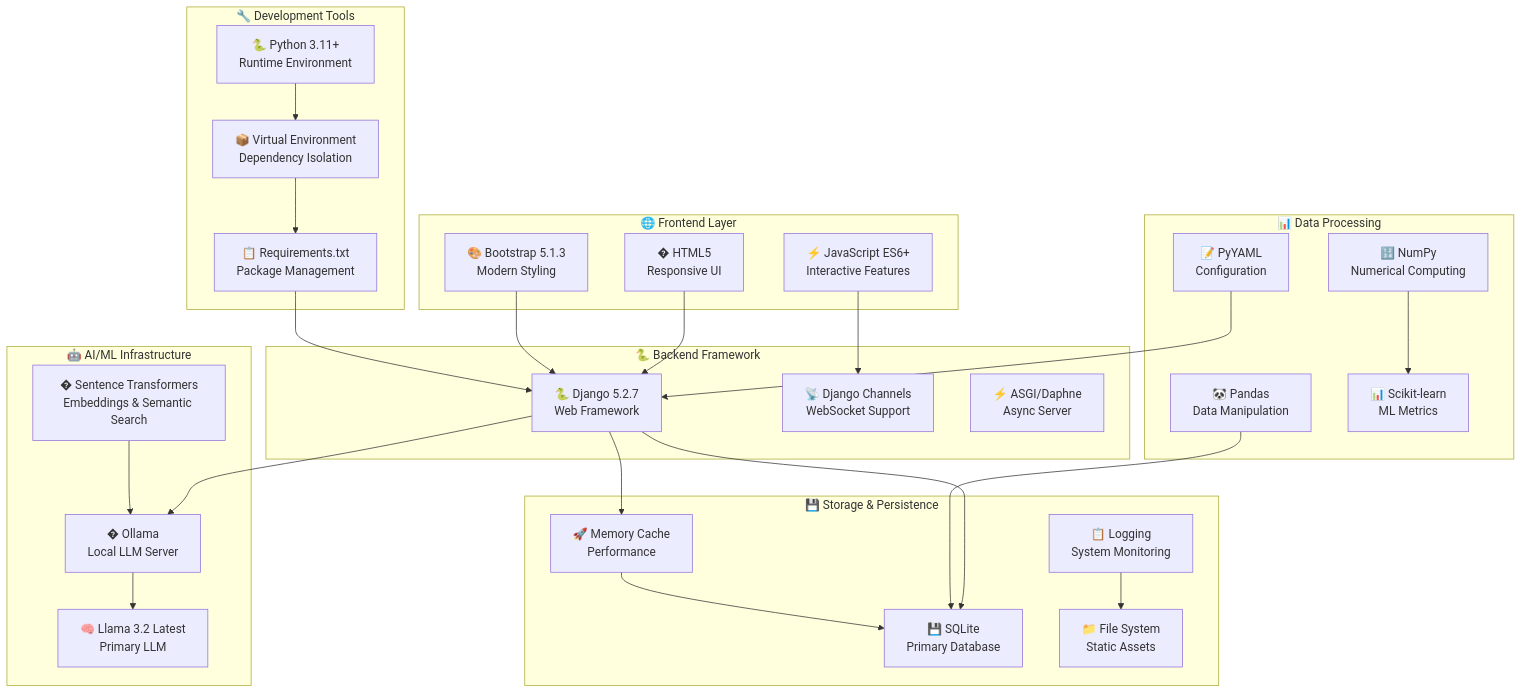
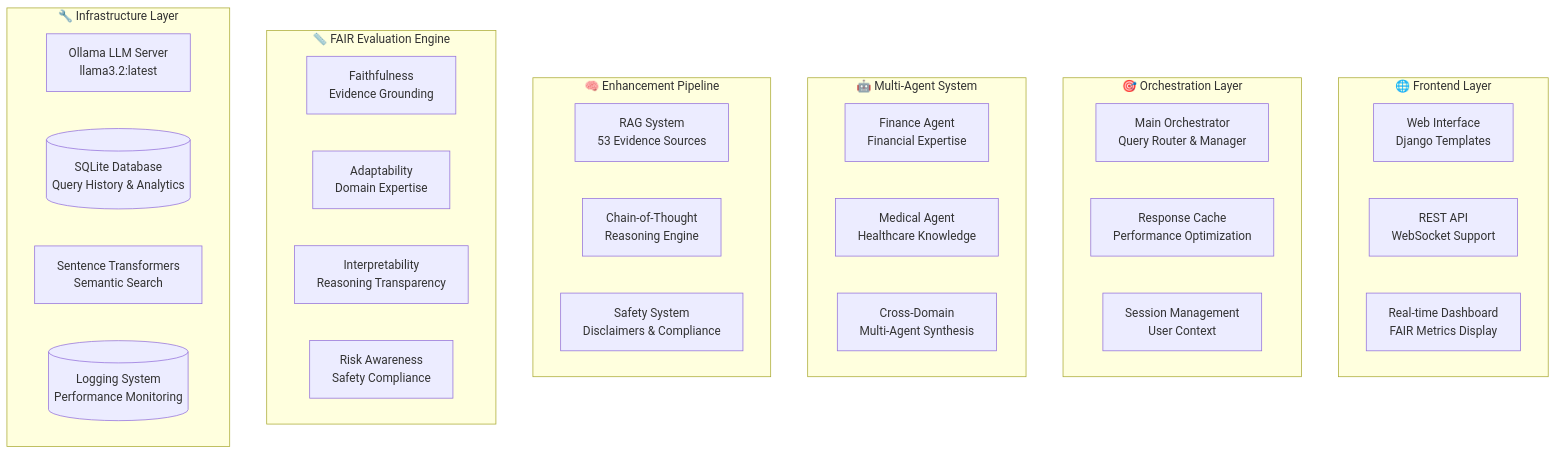
The tenth of 10 diagrams in README.md (somesh-ghaturle/Fair-Agent), drawn with Mermaid before and after one commit. The commit also changed other lines of this file and 11 other files, not shown here.

````diff
--- a/README.md
+++ b/README.md
@@ -475,62 +306,40 @@
 ```mermaid
 graph TB
     subgraph "🌐 Frontend Layer"
-        HTML[� HTML5<br/>Responsive UI]
-        CSS[🎨 Bootstrap 5.1.3<br/>Modern Styling]
-        JS[⚡ JavaScript ES6+<br/>Interactive Features]
+        UI[Web Interface<br/>Django Templates]
+        API[REST API<br/>WebSocket Support]
+        DASH[Real-time Dashboard<br/>FAIR Metrics Display]
     end
     
-    subgraph "🐍 Backend Framework"
-        DJANGO[🐍 Django 5.2.7<br/>Web Framework]
-        CHANNELS[📡 Django Channels<br/>WebSocket Support]
-        ASGI[⚡ ASGI/Daphne<br/>Async Server]
+    subgraph "🎯 Orchestration Layer"
+        ORCH[Main Orchestrator<br/>Query Router & Manager]
+        CACHE[Response Cache<br/>Performance Optimization]
+        SESSION[Session Management<br/>User Context]
     end
     
-    subgraph "🤖 AI/ML Infrastructure"
-        OLLAMA[� Ollama<br/>Local LLM Server]
-        LLAMA[🧠 Llama 3.2 Latest<br/>Primary LLM]
-        SENTENCE[� Sentence Transformers<br/>Embeddings & Semantic Search]
+    subgraph "🤖 Multi-Agent System"
+        FA[Finance Agent<br/>Financial Expertise]
+        MA[Medical Agent<br/>Healthcare Knowledge]
+        CROSS[Cross-Domain<br/>Multi-Agent Synthesis]
     end
     
-    subgraph "📊 Data Processing"
-        PANDAS[🐼 Pandas<br/>Data Manipulation]
-        NUMPY[🔢 NumPy<br/>Numerical Computing]
-        SKLEARN[📊 Scikit-learn<br/>ML Metrics]
-        YAML[📝 PyYAML<br/>Configuration]
+    subgraph "🧠 Enhancement Pipeline"
+        RAG[RAG System<br/>53 Evidence Sources]
+        COT[Chain-of-Thought<br/>Reasoning Engine]
+        SAFETY[Safety System<br/>Disclaimers & Compliance]
     end
     
-    subgraph "💾 Storage & Persistence"
-        SQLITE[💾 SQLite<br/>Primary Database]
-        FILES[📁 File System<br/>Static Assets]
-        CACHE[🚀 Memory Cache<br/>Performance]
-        LOGS[📋 Logging<br/>System Monitoring]
+    subgraph "📏 FAIR Evaluation Engine"
+        FAITH[Faithfulness<br/>Evidence Grounding]
+        ADAPT[Adaptability<br/>Domain Expertise]
+        INTERP[Interpretability<br/>Reasoning Transparency]
+        RISK[Risk Awareness<br/>Safety Compliance]
     end
     
-    subgraph "🔧 Development Tools"
-        PYTHON[🐍 Python 3.11+<br/>Runtime Environment]
-        VENV[📦 Virtual Environment<br/>Dependency Isolation]
-        REQ[📋 Requirements.txt<br/>Package Management]
+    subgraph "🔧 Infrastructure Layer"
+        OLLAMA[Ollama LLM Server<br/>llama3.2:latest]
+        DB[(SQLite Database<br/>Query History & Analytics)]
+        EMBED[Sentence Transformers<br/>Semantic Search]
+        LOGS[(Logging System<br/>Performance Monitoring)]
     end
-    
-    HTML --> DJANGO
-    CSS --> DJANGO
-    JS --> CHANNELS
-    
-    DJANGO --> OLLAMA
-    DJANGO --> SQLITE
-    DJANGO --> CACHE
-    
-    OLLAMA --> LLAMA
-    SENTENCE --> OLLAMA
-    
-    PANDAS --> SQLITE
-    NUMPY --> SKLEARN
-    YAML --> DJANGO
-    
-    PYTHON --> VENV
-    VENV --> REQ
-    REQ --> DJANGO
-    
-    LOGS --> FILES
-    CACHE --> SQLITE
 ```
````
